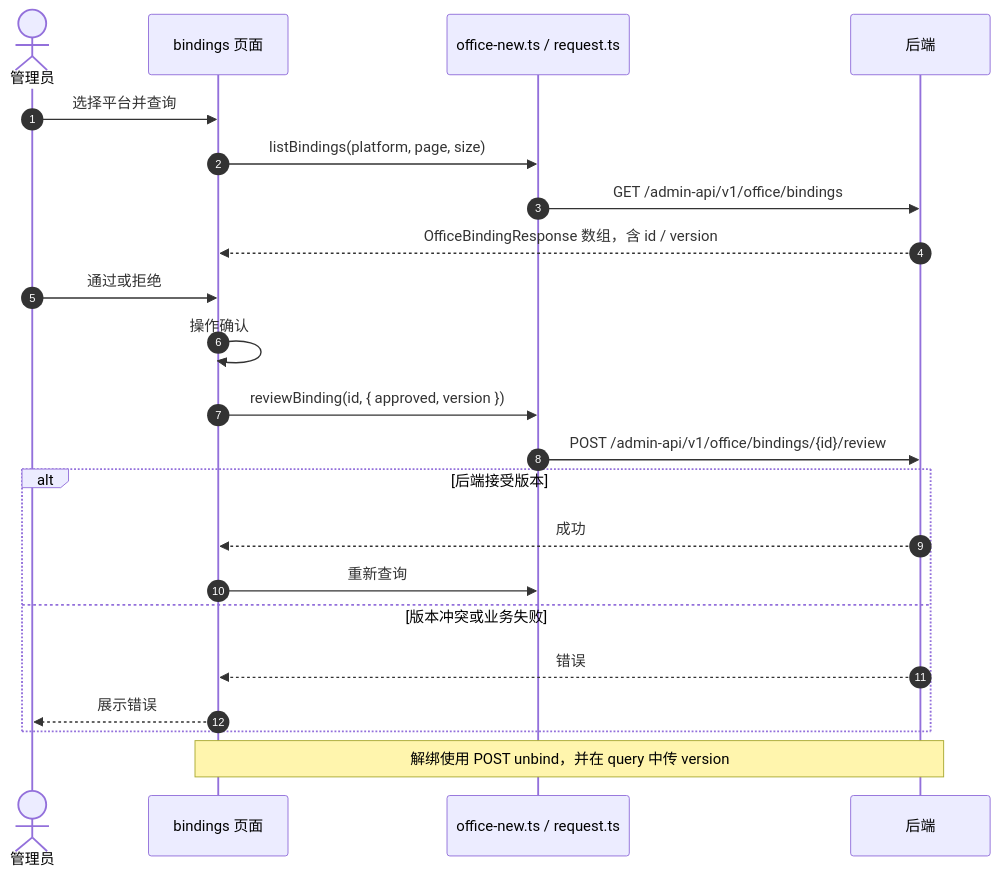
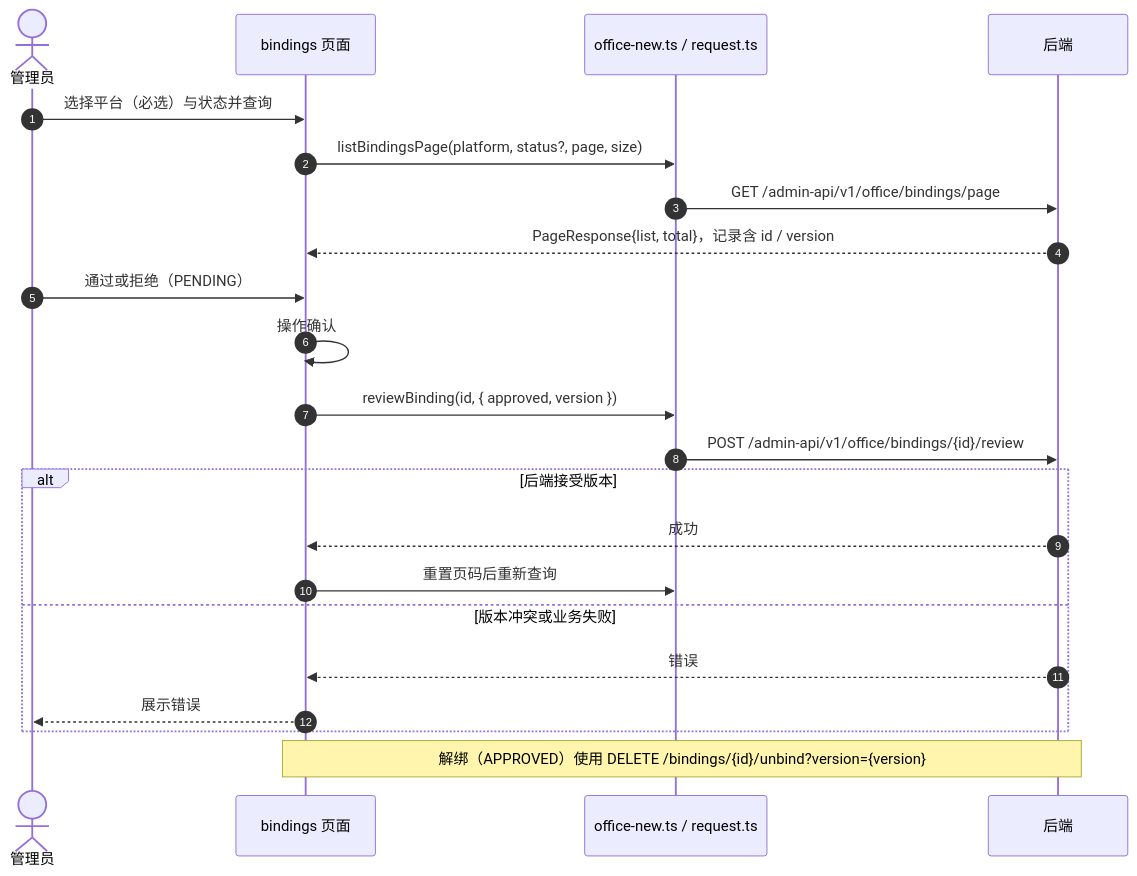
Diagram 11 of 15 in AGENTS.md (apex-cloud-service/apex-admin-web), drawn with Mermaid before and after one commit. The commit also changed other lines of this file and 39 other files, not shown here.

````diff
--- a/AGENTS.md
+++ b/AGENTS.md
@@ -414,24 +426,24 @@
 ```mermaid
 sequenceDiagram
     autonumber
     actor A as 管理员
     participant V as bindings 页面
     participant API as office-new.ts / request.ts
     participant B as 后端
-    A->>V: 选择平台并查询
-    V->>API: listBindings(platform, page, size)
-    API->>B: GET /admin-api/v1/office/bindings
-    B-->>V: OfficeBindingResponse 数组，含 id / version
-    A->>V: 通过或拒绝
+    A->>V: 选择平台（必选）与状态并查询
+    V->>API: listBindingsPage(platform, status?, page, size)
+    API->>B: GET /admin-api/v1/office/bindings/page
+    B-->>V: PageResponse{list, total}，记录含 id / version
+    A->>V: 通过或拒绝（PENDING）
     V->>V: 操作确认
     V->>API: reviewBinding(id, { approved, version })
     API->>B: POST /admin-api/v1/office/bindings/{id}/review
     alt 后端接受版本
         B-->>V: 成功
-        V->>API: 重新查询
+        V->>API: 重置页码后重新查询
     else 版本冲突或业务失败
         B-->>V: 错误
         V-->>A: 展示错误
     end
-    Note over V,B: 解绑使用 POST unbind，并在 query 中传 version
+    Note over V,B: 解绑（APPROVED）使用 DELETE /bindings/{id}/unbind?version={version}
 ```
````
